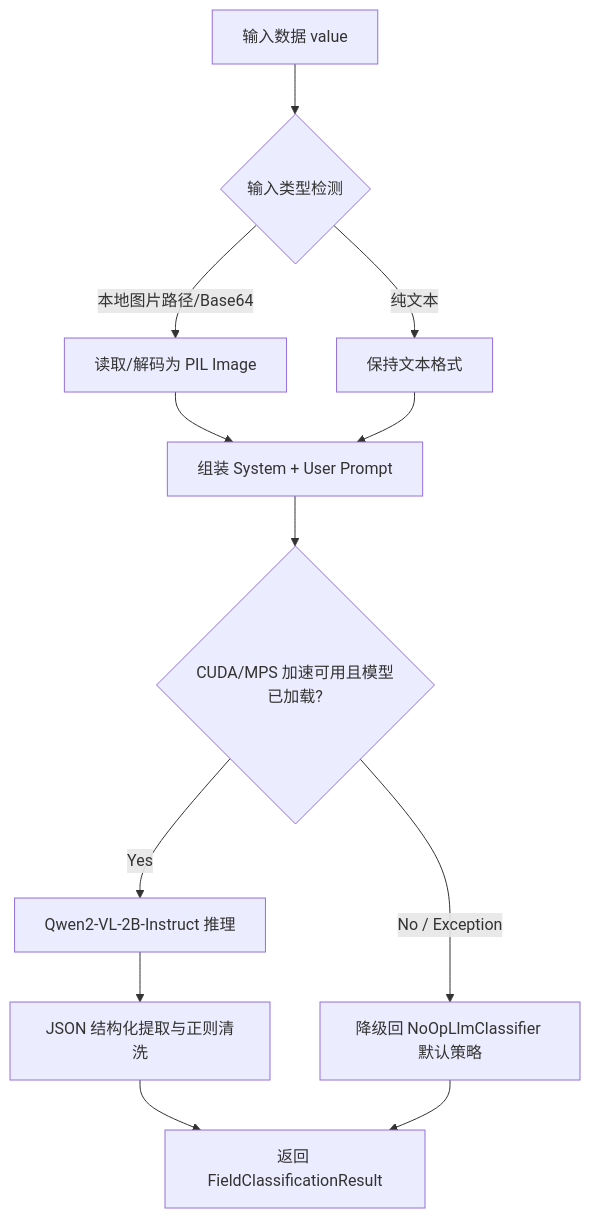
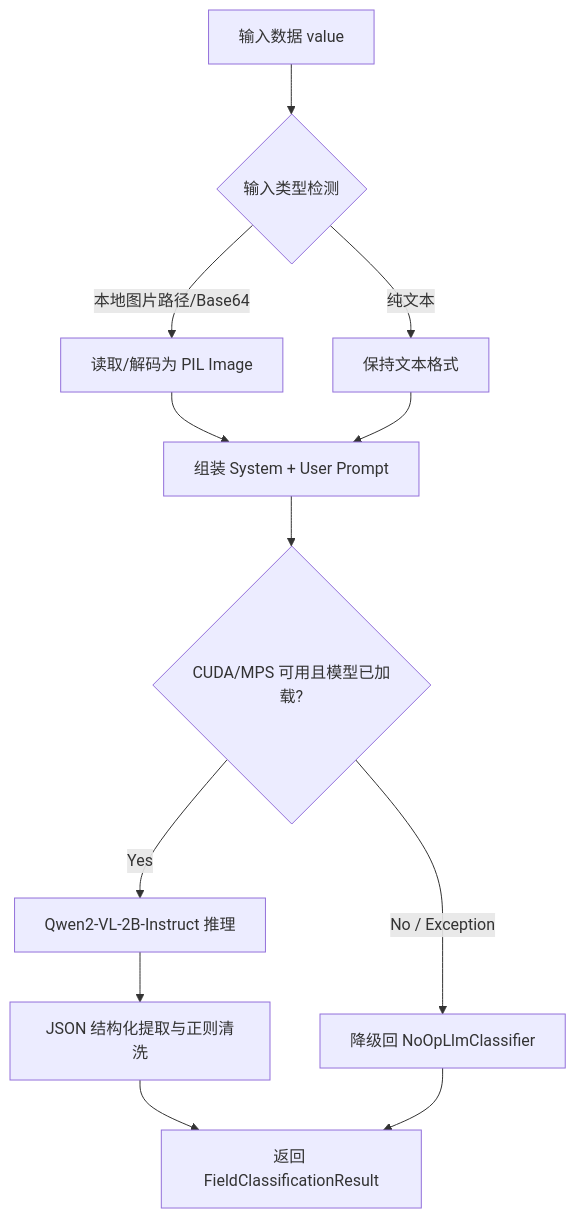
Before and after one commit to fengzhizi319/privacy-local-agent: the diagram in docs/classification_llm/design.md, drawn with Mermaid. The commit also changed other lines of this file and 63 other files, not shown here.

````diff
--- a/docs/classification_llm/design.md
+++ b/docs/classification_llm/design.md
@@ -7,17 +62,17 @@
 ```mermaid
 flowchart TD
     Input[输入数据 value] --> Detect{输入类型检测}
     Detect -->|本地图片路径/Base64| LoadImg[读取/解码为 PIL Image]
     Detect -->|纯文本| DirectTxt[保持文本格式]
-    
+
     LoadImg --> Prompt[组装 System + User Prompt]
     DirectTxt --> Prompt
-    
-    Prompt --> Infr{CUDA/MPS 加速可用且模型已加载?}
+
+    Prompt --> Infr{CUDA/MPS 可用且模型已加载?}
     Infr -->|Yes| Qwen2VL[Qwen2-VL-2B-Instruct 推理]
-    Infr -->|No / Exception| Fallback[降级回 NoOpLlmClassifier 默认策略]
-    
+    Infr -->|No / Exception| Fallback[降级回 NoOpLlmClassifier]
+
     Qwen2VL --> Parse[JSON 结构化提取与正则清洗]
     Parse --> Success[返回 FieldClassificationResult]
     Fallback --> Success
 ```
````
